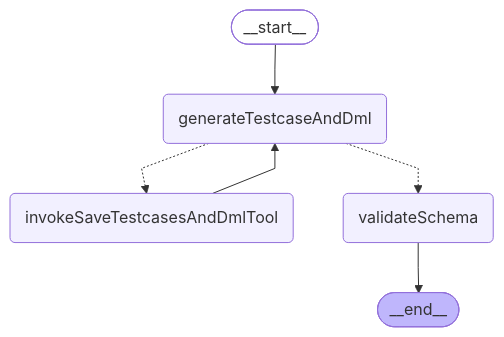
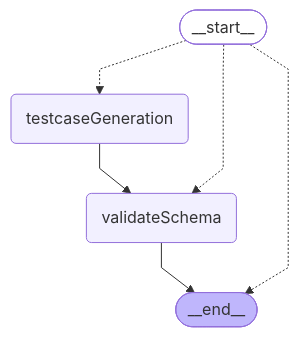
One commit to yzkee/liam changed the fifth of 5 diagrams in frontend/internal-packages/agent/README.md. Above: the diagram before and after it, drawn with Mermaid. The commit also changed other lines of this file and 19 other files, not shown here.

First line of the commit message:
Refactor QA agent to use map-reduce pattern for testcase generation

````diff
--- a/frontend/internal-packages/agent/README.md
+++ b/frontend/internal-packages/agent/README.md
@@ -226,17 +232,16 @@
 ```mermaid
 %%{init: {'flowchart': {'curve': 'linear'}}}%%
 graph TD;
 	__start__([<p>__start__</p>]):::first
-	generateTestcaseAndDml(generateTestcaseAndDml)
-	invokeSaveTestcasesAndDmlTool(invokeSaveTestcasesAndDmlTool)
+	testcaseGeneration(testcaseGeneration)
 	validateSchema(validateSchema)
 	__end__([<p>__end__</p>]):::last
-	__start__ --> generateTestcaseAndDml;
-	invokeSaveTestcasesAndDmlTool --> generateTestcaseAndDml;
+	testcaseGeneration --> validateSchema;
 	validateSchema --> __end__;
-	generateTestcaseAndDml -.-> invokeSaveTestcasesAndDmlTool;
-	generateTestcaseAndDml -.-> validateSchema;
+	__start__ -.-> testcaseGeneration;
+	__start__ -.-> validateSchema;
+	__start__ -.-> __end__;
 	classDef default fill:#f2f0ff,line-height:1.2;
 	classDef first fill-opacity:0;
 	classDef last fill:#bfb6fc;
 ```
````
